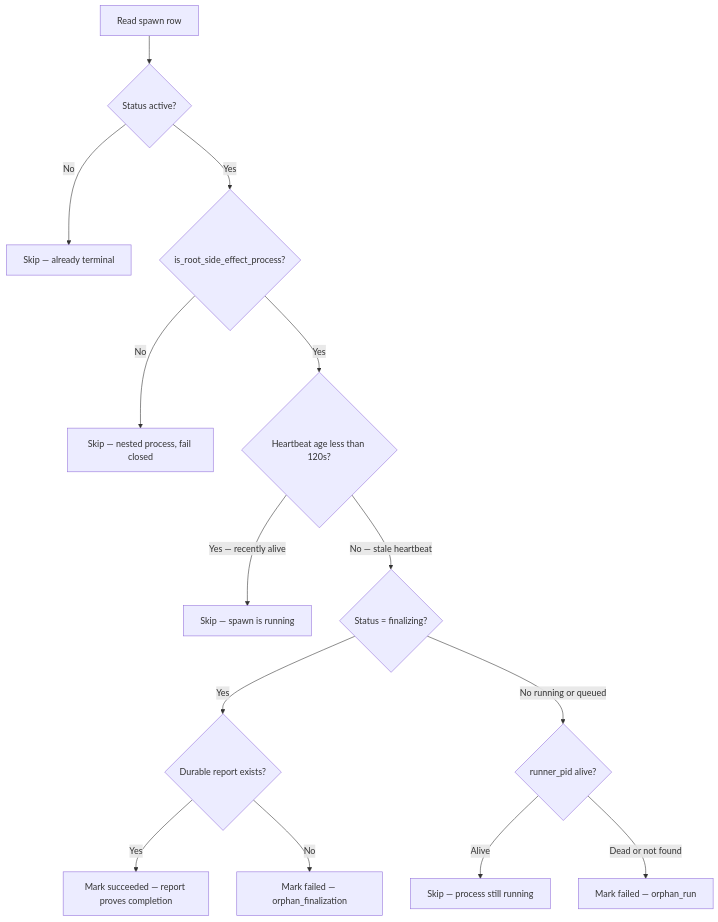
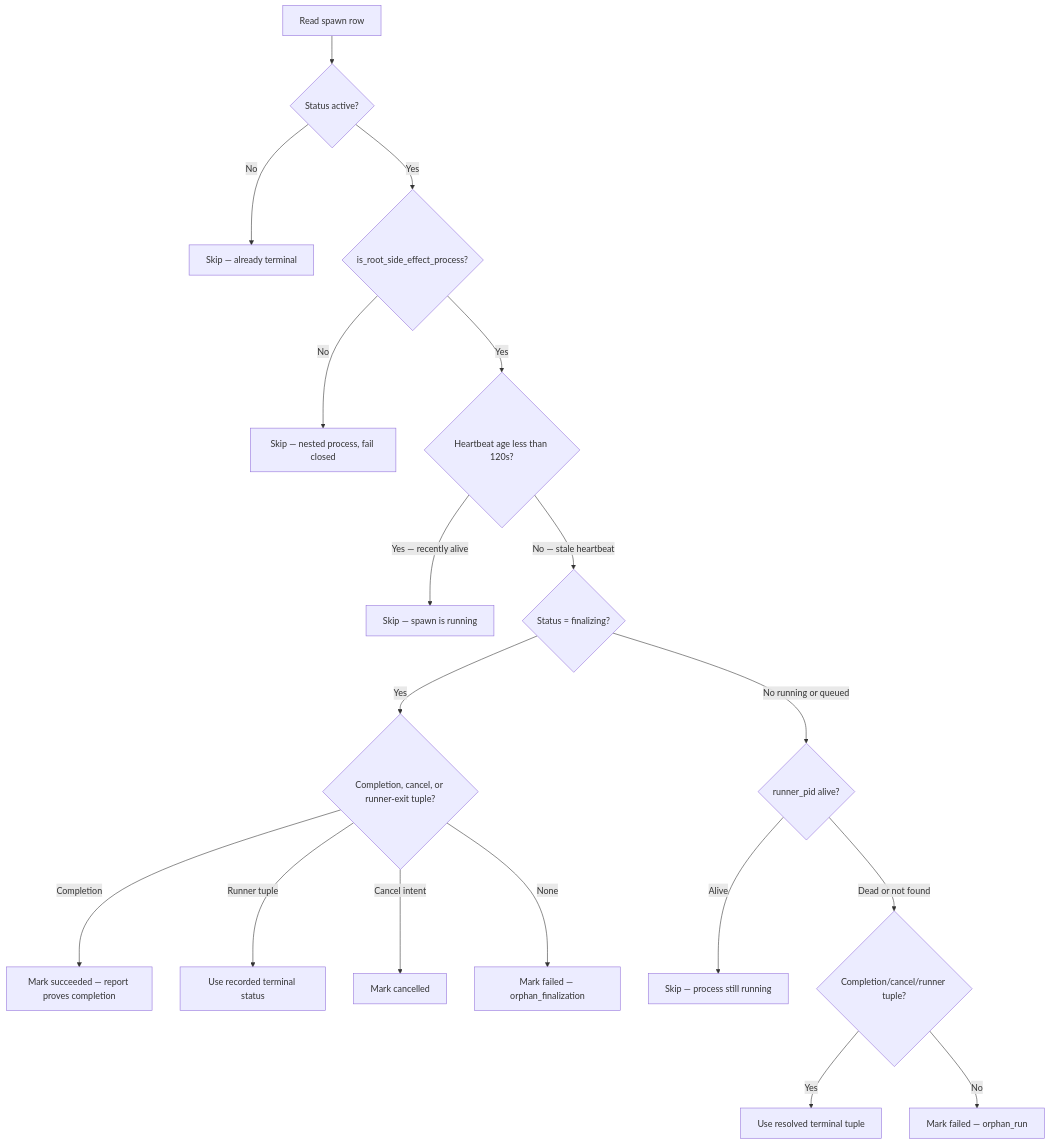
One commit to haowjy/meridian-cli-kb changed the second of 2 diagrams in kb/architecture/state-system.md. Above: the diagram before and after it, drawn with Mermaid. The commit also changed other lines of this file and 9 other files, not shown here.

````diff
--- a/kb/architecture/state-system.md
+++ b/kb/architecture/state-system.md
@@ -150,16 +154,20 @@
 ```mermaid
 graph TD
     A[Read spawn row] --> B{Status active?}
     B -->|No| DONE[Skip — already terminal]
     B -->|Yes| C{is_root_side_effect_process?}
     C -->|No| DONE2[Skip — nested process, fail closed]
     C -->|Yes| D{Heartbeat age less than 120s?}
     D -->|Yes — recently alive| DONE3[Skip — spawn is running]
     D -->|No — stale heartbeat| E{Status = finalizing?}
-    E -->|Yes| F{Durable report exists?}
-    F -->|Yes| G[Mark succeeded — report proves completion]
-    F -->|No| H[Mark failed — orphan_finalization]
+    E -->|Yes| F{Completion, cancel, or runner-exit tuple?}
+    F -->|Completion| G[Mark succeeded — report proves completion]
+    F -->|Runner tuple| G2[Use recorded terminal status]
+    F -->|Cancel intent| G3[Mark cancelled]
+    F -->|None| H[Mark failed — orphan_finalization]
     E -->|No running or queued| I{runner_pid alive?}
     I -->|Alive| DONE4[Skip — process still running]
-    I -->|Dead or not found| J[Mark failed — orphan_run]
+    I -->|Dead or not found| J{Completion/cancel/runner tuple?}
+    J -->|Yes| K[Use resolved terminal tuple]
+    J -->|No| L[Mark failed — orphan_run]
 ```
````
